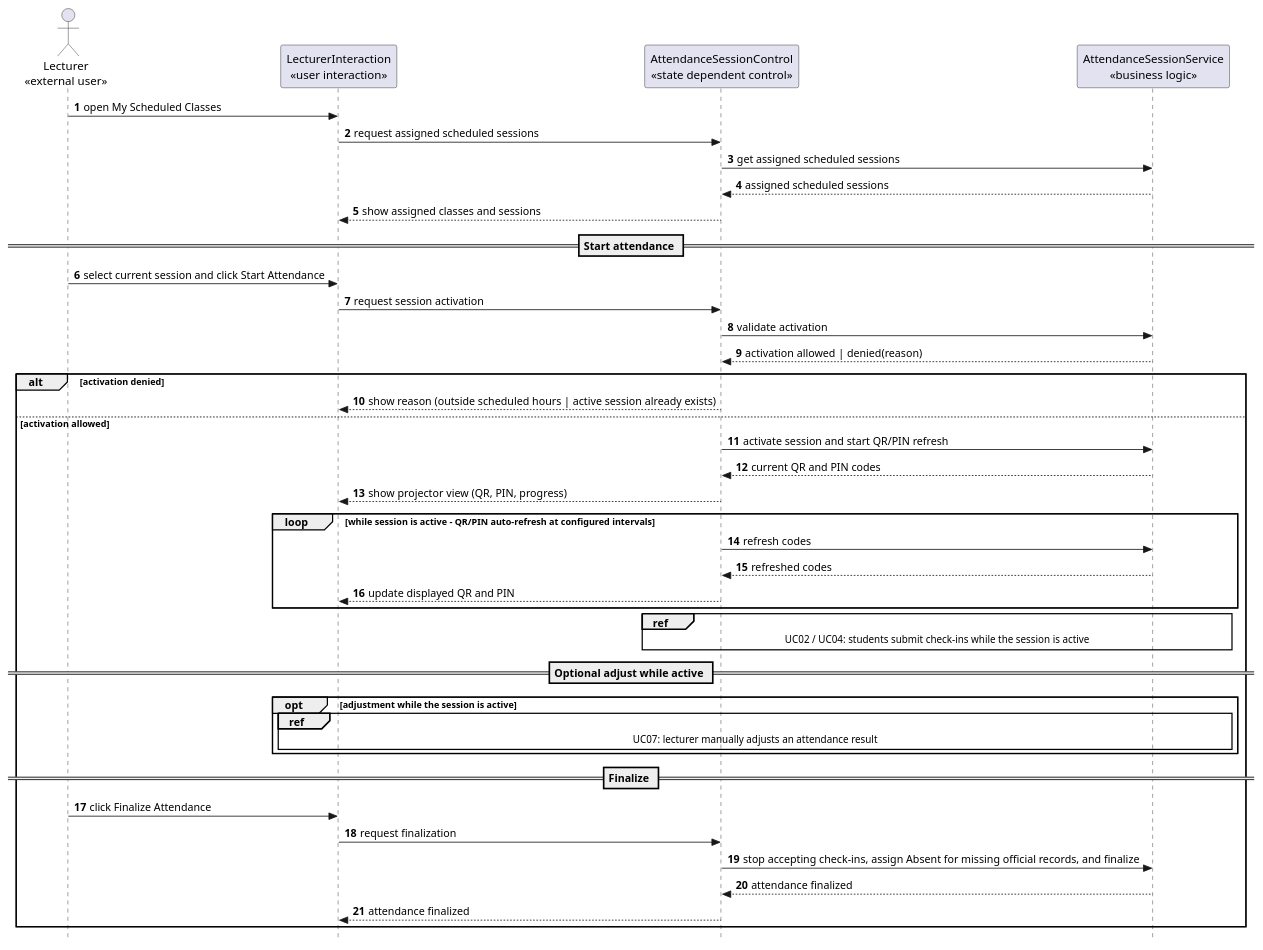
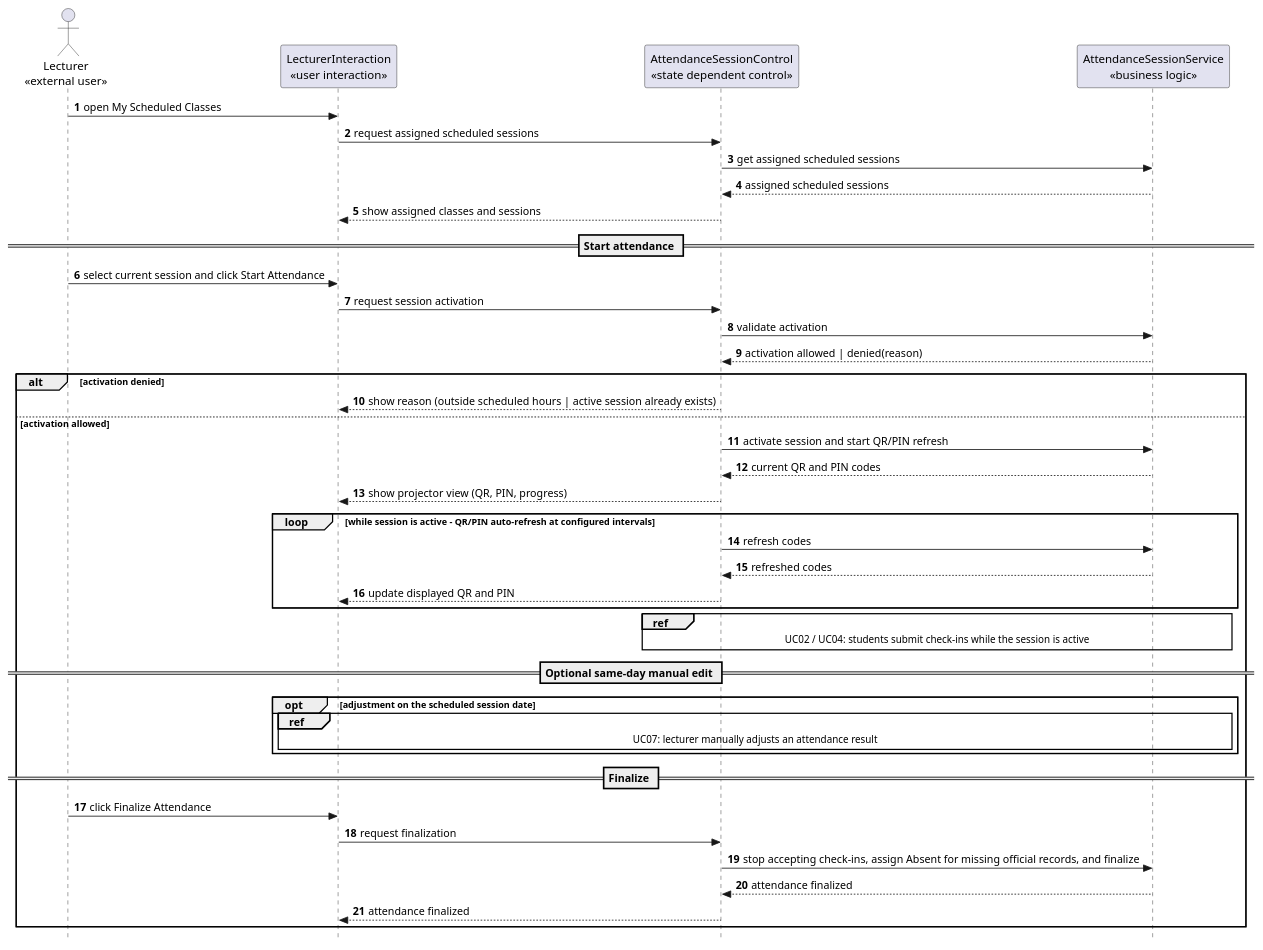
One commit to nttung42/SWD392 changed the third of 3 diagrams in docs/rds/2_Sequence_Diagram.md. Above: the diagram before and after it, drawn with PlantUML. The commit also changed 3 other files, not shown here.

````diff
--- a/docs/rds/2_Sequence_Diagram.md
+++ b/docs/rds/2_Sequence_Diagram.md
@@ -148,54 +148,54 @@
 ```plantuml
 @startuml
 skinparam style strictuml
 autonumber
 actor "Lecturer\n«external user»" as Lecturer
 participant "LecturerInteraction\n«user interaction»" as LecturerUI
 participant "AttendanceSessionControl\n«state dependent control»" as SessionControl
 participant "AttendanceSessionService\n«business logic»" as SessionRules
 
 Lecturer -> LecturerUI : open My Scheduled Classes
 LecturerUI -> SessionControl : request assigned scheduled sessions
 SessionControl -> SessionRules : get assigned scheduled sessions
 SessionRules --> SessionControl : assigned scheduled sessions
 SessionControl --> LecturerUI : show assigned classes and sessions
 
 == Start attendance ==
 Lecturer -> LecturerUI : select current session and click Start Attendance
 LecturerUI -> SessionControl : request session activation
 SessionControl -> SessionRules : validate activation
 SessionRules --> SessionControl : activation allowed | denied(reason)
 
 alt activation denied
   SessionControl --> LecturerUI : show reason (outside scheduled hours | active session already exists)
 else activation allowed
   SessionControl -> SessionRules : activate session and start QR/PIN refresh
   SessionRules --> SessionControl : current QR and PIN codes
   SessionControl --> LecturerUI : show projector view (QR, PIN, progress)
 
   loop while session is active - QR/PIN auto-refresh at configured intervals
     SessionControl -> SessionRules : refresh codes
     SessionRules --> SessionControl : refreshed codes
     SessionControl --> LecturerUI : update displayed QR and PIN
   end
 
   ref over SessionControl, SessionRules
     UC02 / UC04: students submit check-ins while the session is active
   end ref
 
-  == Optional adjust while active ==
-  opt adjustment while the session is active
+  == Optional same-day manual edit ==
+  opt adjustment on the scheduled session date
     ref over LecturerUI, SessionControl, SessionRules
       UC07: lecturer manually adjusts an attendance result
     end ref
   end
 
   == Finalize ==
   Lecturer -> LecturerUI : click Finalize Attendance
   LecturerUI -> SessionControl : request finalization
   SessionControl -> SessionRules : stop accepting check-ins, assign Absent for missing official records, and finalize
   SessionRules --> SessionControl : attendance finalized
   SessionControl --> LecturerUI : attendance finalized
 end
 @enduml
 ```
````
